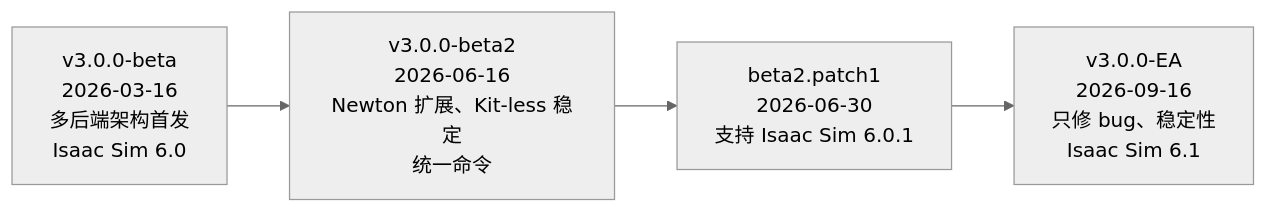
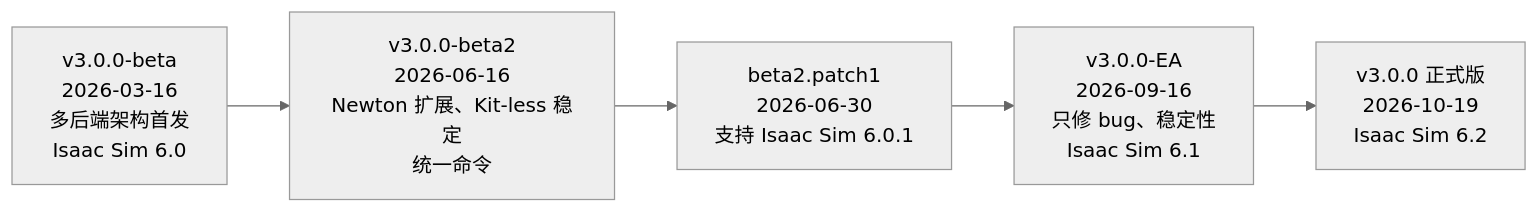
One commit to ueasycallme/academy changed the second of 2 diagrams in docs/8-frontier/8.1-what-changed.md. Above: the diagram before and after it, drawn with Mermaid (neutral theme). The commit also changed other lines of this file and 7 other files, not shown here.

Commit message:
T-GA-02: 8.1–8.4 与 A.1 升级到 v3.0.0 正式版：官方 45 个任务中 44 个默认 Newton、无一默认 PhysX（官方文档"多数默认 PhysX"与代码不一致）；8.2 换预设在 RTX 5090 重测，Kamino 每迭代约为 MJWarp 的 2.6 倍；8.4 补 7 条 EA→GA 迁移改动

````diff
--- a/docs/8-frontier/8.1-what-changed.md
+++ b/docs/8-frontier/8.1-what-changed.md
@@ -109,4 +109,4 @@
 ```{mermaid}
 flowchart LR
-    B1["v3.0.0-beta<br/>2026-03-16<br/>多后端架构首发<br/>Isaac Sim 6.0"] --> B2["v3.0.0-beta2<br/>2026-06-16<br/>Newton 扩展、Kit-less 稳定<br/>统一命令"] --> P1["beta2.patch1<br/>2026-06-30<br/>支持 Isaac Sim 6.0.1"] --> EA["v3.0.0-EA<br/>2026-09-16<br/>只修 bug、稳定性<br/>Isaac Sim 6.1"]
+    B1["v3.0.0-beta<br/>2026-03-16<br/>多后端架构首发<br/>Isaac Sim 6.0"] --> B2["v3.0.0-beta2<br/>2026-06-16<br/>Newton 扩展、Kit-less 稳定<br/>统一命令"] --> P1["beta2.patch1<br/>2026-06-30<br/>支持 Isaac Sim 6.0.1"] --> EA["v3.0.0-EA<br/>2026-09-16<br/>只修 bug、稳定性<br/>Isaac Sim 6.1"] --> GA["v3.0.0 正式版<br/>2026-10-19<br/>Isaac Sim 6.2"]
 ```
````
